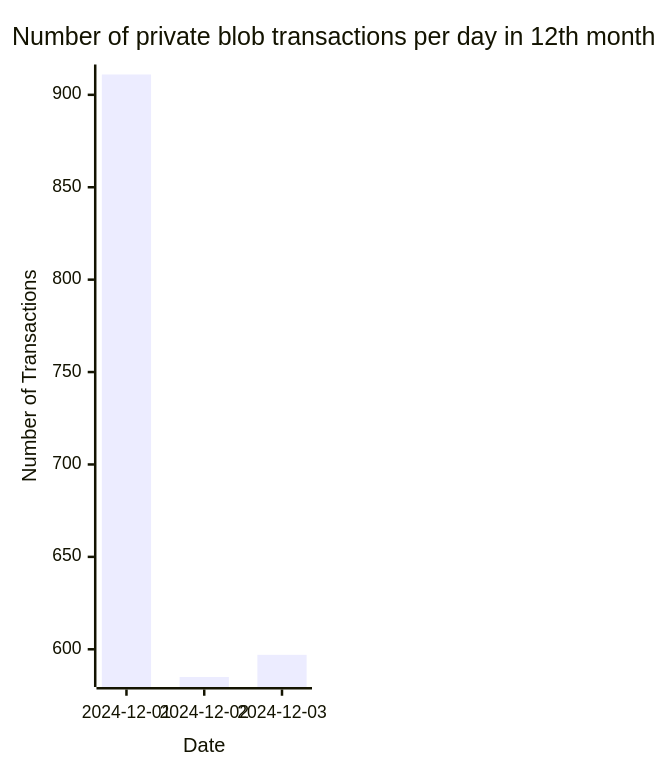
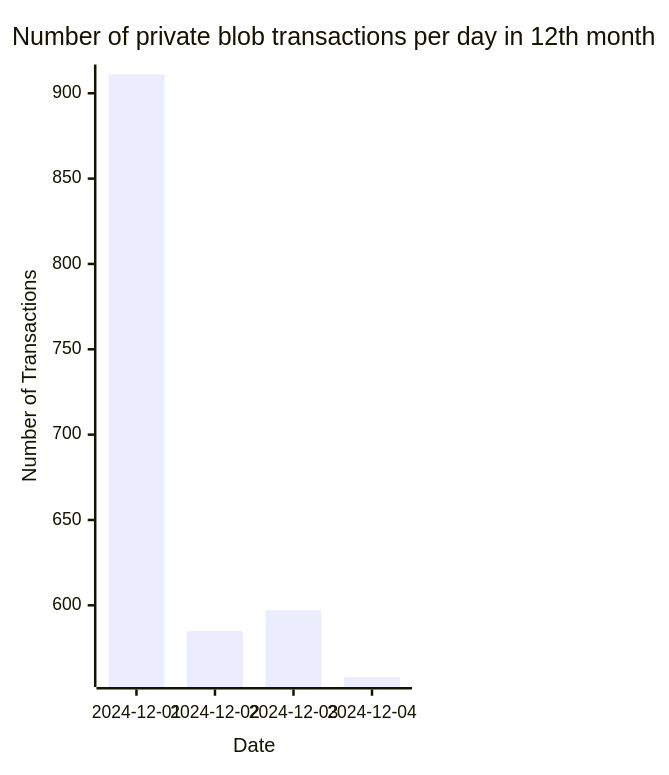
One commit to Amit0617/eip4844-data changed the diagram in README.md. Above: the diagram before and after it, drawn with Mermaid. The commit also changed 1 other file, not shown here.

````diff
--- a/README.md
+++ b/README.md
@@ -1,12 +1,12 @@
 ```mermaid
 ---
 config:
     xyChart:
-        width: 240
+        width: 320
         height: 600
 ---
 xychart-beta title "Number of private blob transactions per day in 12th month"
-x-axis "Date" [2024-12-01,2024-12-02,2024-12-03]
+x-axis "Date" [2024-12-01,2024-12-02,2024-12-03,2024-12-04]
 y-axis "Number of Transactions"
-bar[911,585,597]
+bar[911,585,597,558]
 ```
````
